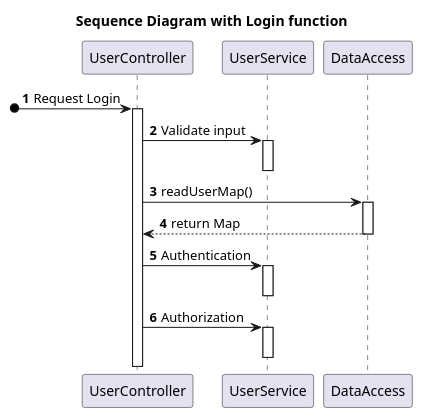
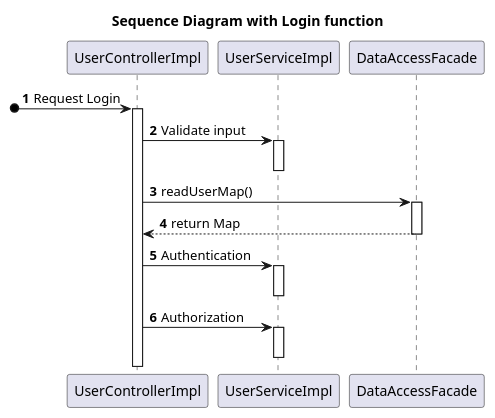
One commit to anhvu2889/miu-cs401-mpp changed the diagram in mpp-cs401/src/midterm/diagram/login.puml. Above: the diagram before and after it, drawn with PlantUML. The commit also changed 6 other files, not shown here.

Commit message:
Add slide Fix sequence diagrams

```diff
--- a/mpp-cs401/src/midterm/diagram/login.puml
+++ b/mpp-cs401/src/midterm/diagram/login.puml
@@ -1,24 +1,24 @@
 @startuml
 
 title Sequence Diagram with Login function
 
 autonumber
 
-participant "UserController" as uc
-participant "UserService" as us
-participant "DataAccess" as da
+participant "UserControllerImpl" as uc
+participant "UserServiceImpl" as us
+participant "DataAccessFacade" as da
 
 [o-> uc++: Request Login
 uc -> us++: Validate input
 deactivate
 
 uc -> da++: readUserMap()
 da --> uc--: return Map
 
 uc -> us++: Authentication
 deactivate
 
 uc -> us++: Authorization
 deactivate
 
 @enduml
```
